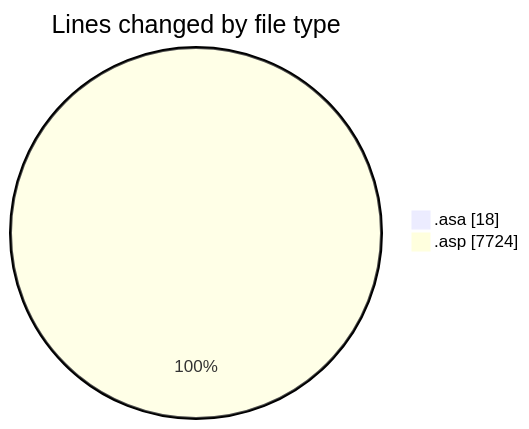
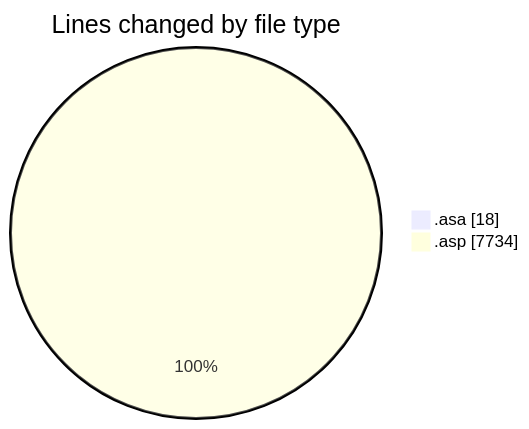
One commit to julien-gomy/code-tracking changed the first of 2 diagrams in 2025-11-06/usr_aleoudev_fr__workspace_/README.md. Above: the diagram before and after it, drawn with Mermaid. The commit also changed other lines of this file and 1 other file, not shown here.

````diff
--- a/2025-11-06/usr_aleoudev_fr__workspace_/README.md
+++ b/2025-11-06/usr_aleoudev_fr__workspace_/README.md
@@ -24,6 +24,6 @@
 ```mermaid
 pie showData
 title Lines changed by file type
 ".asa" : 18
-".asp" : 7724
+".asp" : 7734
 ```
````
